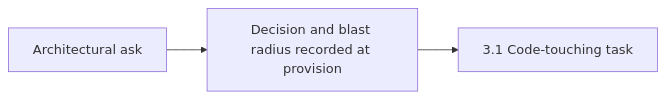
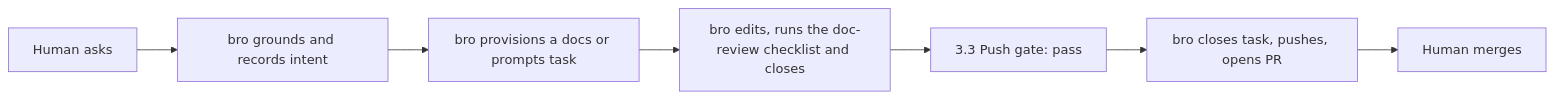
The sixth of 17 diagrams in docs/architecture/FLOWS.md (trustmybot/plugin), drawn with Mermaid before and after one commit. The commit also changed other lines of this file and 3 other files, not shown here.

First line of the commit message:
📝 docs(architecture): code task and non-code task flows (GH 3139)

````diff
--- a/docs/architecture/FLOWS.md
+++ b/docs/architecture/FLOWS.md
@@ -102,5 +104,9 @@
 ```mermaid
 flowchart LR
-    A[Architectural ask] --> B[Decision and blast radius recorded at provision]
-    B --> C[3.1 Code-touching task]
+    A[Human asks] --> B[bro grounds and records intent]
+    B --> C[bro provisions a docs or prompts task]
+    C --> D[bro edits, runs the doc-review checklist and closes]
+    D --> E[3.3 Push gate: pass]
+    E --> F[bro closes task, pushes, opens PR]
+    F --> G[Human merges]
 ```
````
